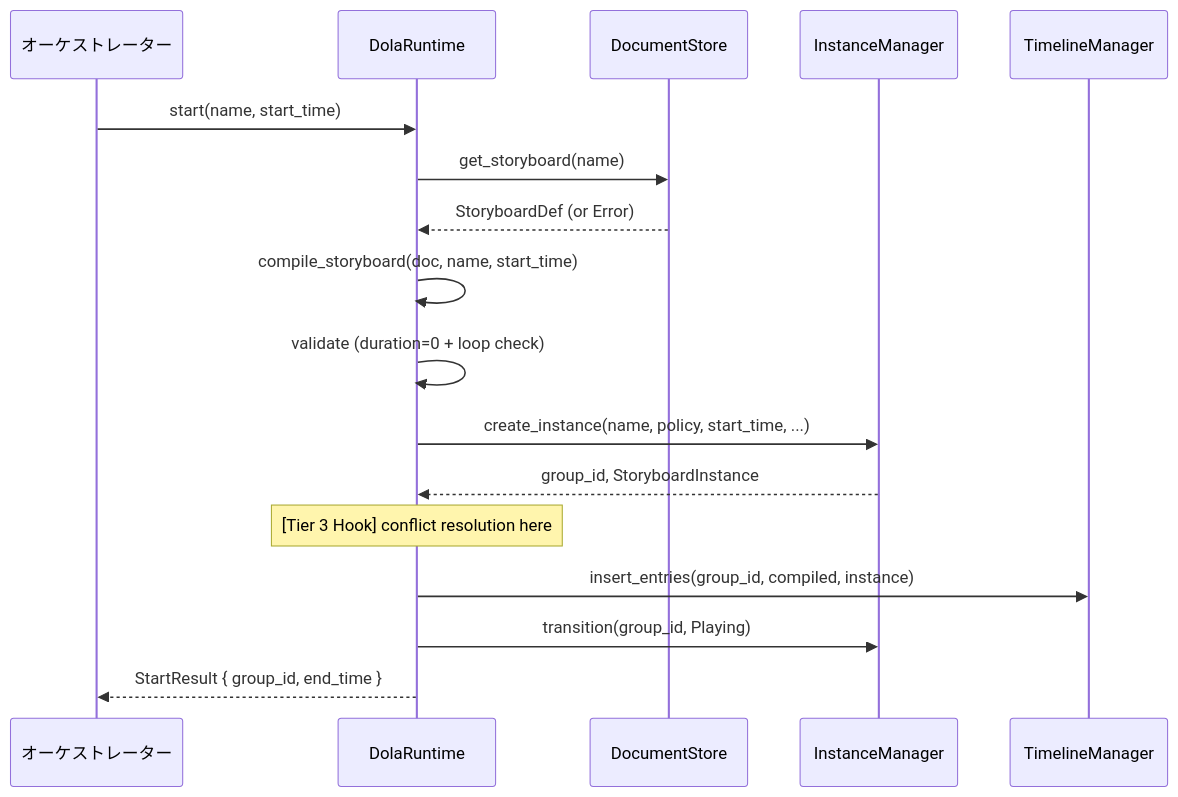
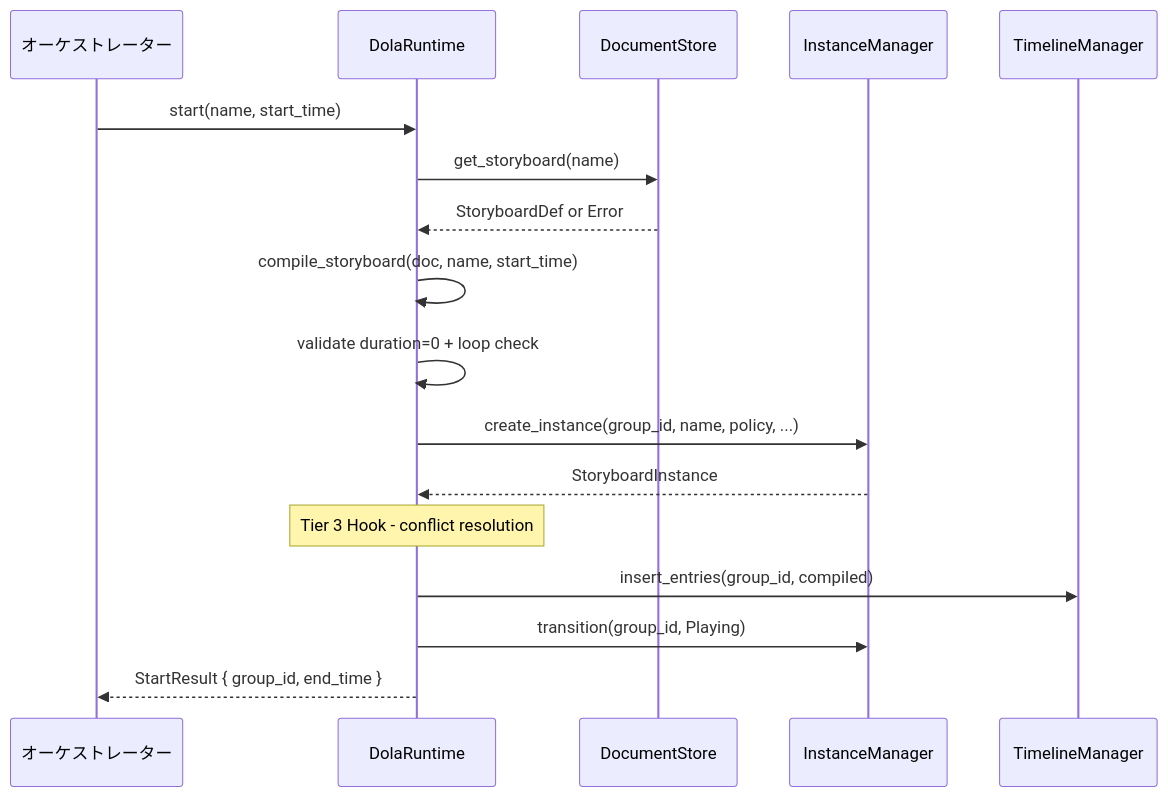
The second of 5 diagrams in .kiro/specs/dola-runtime-3-facade/design.md (ekicyou/areka), drawn with Mermaid before and after one commit. The commit also changed other lines of this file and 2 other files, not shown here.

````diff
--- a/.kiro/specs/dola-runtime-3-facade/design.md
+++ b/.kiro/specs/dola-runtime-3-facade/design.md
@@ -111,20 +133,20 @@
 ```mermaid
 sequenceDiagram
     participant O as オーケストレーター
     participant DR as DolaRuntime
     participant DS as DocumentStore
     participant IM as InstanceManager
     participant TM as TimelineManager
 
     O->>DR: start(name, start_time)
     DR->>DS: get_storyboard(name)
-    DS-->>DR: StoryboardDef (or Error)
+    DS-->>DR: StoryboardDef or Error
     DR->>DR: compile_storyboard(doc, name, start_time)
-    DR->>DR: validate (duration=0 + loop check)
-    DR->>IM: create_instance(name, policy, start_time, ...)
-    IM-->>DR: group_id, StoryboardInstance
-    Note over DR: [Tier 3 Hook] conflict resolution here
-    DR->>TM: insert_entries(group_id, compiled, instance)
+    DR->>DR: validate duration=0 + loop check
+    DR->>IM: create_instance(group_id, name, policy, ...)
+    IM-->>DR: StoryboardInstance
+    Note over DR: Tier 3 Hook - conflict resolution
+    DR->>TM: insert_entries(group_id, compiled)
     DR->>IM: transition(group_id, Playing)
     DR-->>O: StartResult { group_id, end_time }
 ```
````
